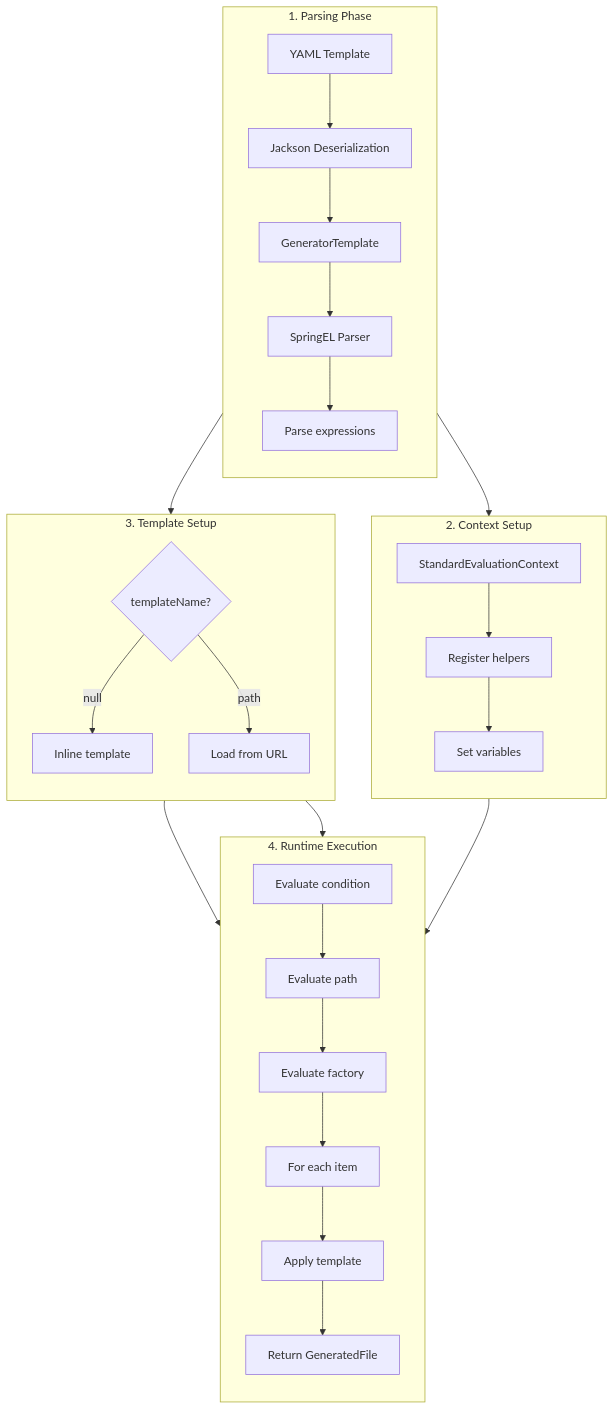
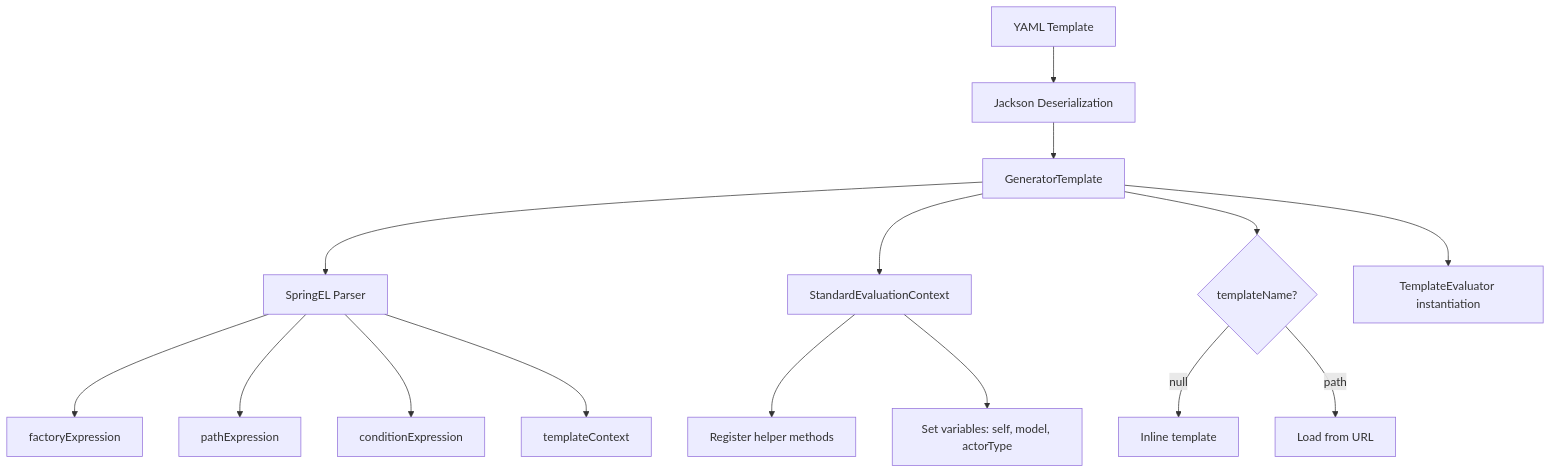
Before and after one commit to BlackBeltTechnology/judo-generator-commons: the fifth of 7 diagrams in AGENTS.md, drawn with Mermaid. The commit also changed other lines of this file, not shown here.

First line of the commit message:
fix: Restructure Mermaid diagrams to match original ASCII semantics

````diff
--- a/AGENTS.md
+++ b/AGENTS.md
@@ -117,38 +121,17 @@
 ```mermaid
 flowchart TD
-    subgraph Parse["1. Parsing Phase"]
-        direction TB
-        Y[YAML Template] --> J[Jackson Deserialization]
-        J --> GT[GeneratorTemplate]
-        GT --> SP[SpringEL Parser]
-        SP --> EX[Parse expressions]
-    end
-
-    subgraph Context["2. Context Setup"]
-        direction TB
-        SEC[StandardEvaluationContext] --> H[Register helpers]
-        H --> V[Set variables]
-    end
-
-    subgraph Template["3. Template Setup"]
-        direction TB
-        HT{templateName?}
-        HT -->|null| IT[Inline template]
-        HT -->|path| NT[Load from URL]
-    end
-
-    subgraph Runtime["4. Runtime Execution"]
-        direction TB
-        R1[Evaluate condition] --> R2[Evaluate path]
-        R2 --> R3[Evaluate factory]
-        R3 --> R4[For each item]
-        R4 --> R5[Apply template]
-        R5 --> R6[Return GeneratedFile]
-    end
-
-    EX --> SEC
-    EX --> HT
-    V --> R1
-    IT --> R1
-    NT --> R1
+    Y[YAML Template] --> J[Jackson Deserialization]
+    J --> GT[GeneratorTemplate]
+    GT --> SP[SpringEL Parser]
+    SP --> EX1[factoryExpression]
+    SP --> EX2[pathExpression]
+    SP --> EX3[conditionExpression]
+    SP --> EX4[templateContext]
+    GT --> SEC[StandardEvaluationContext]
+    SEC --> H[Register helper methods]
+    SEC --> V[Set variables: self, model, actorType]
+    GT --> HT{templateName?}
+    HT -->|null| IT[Inline template]
+    HT -->|path| NT[Load from URL]
+    GT --> TE[TemplateEvaluator instantiation]
 ```
````
